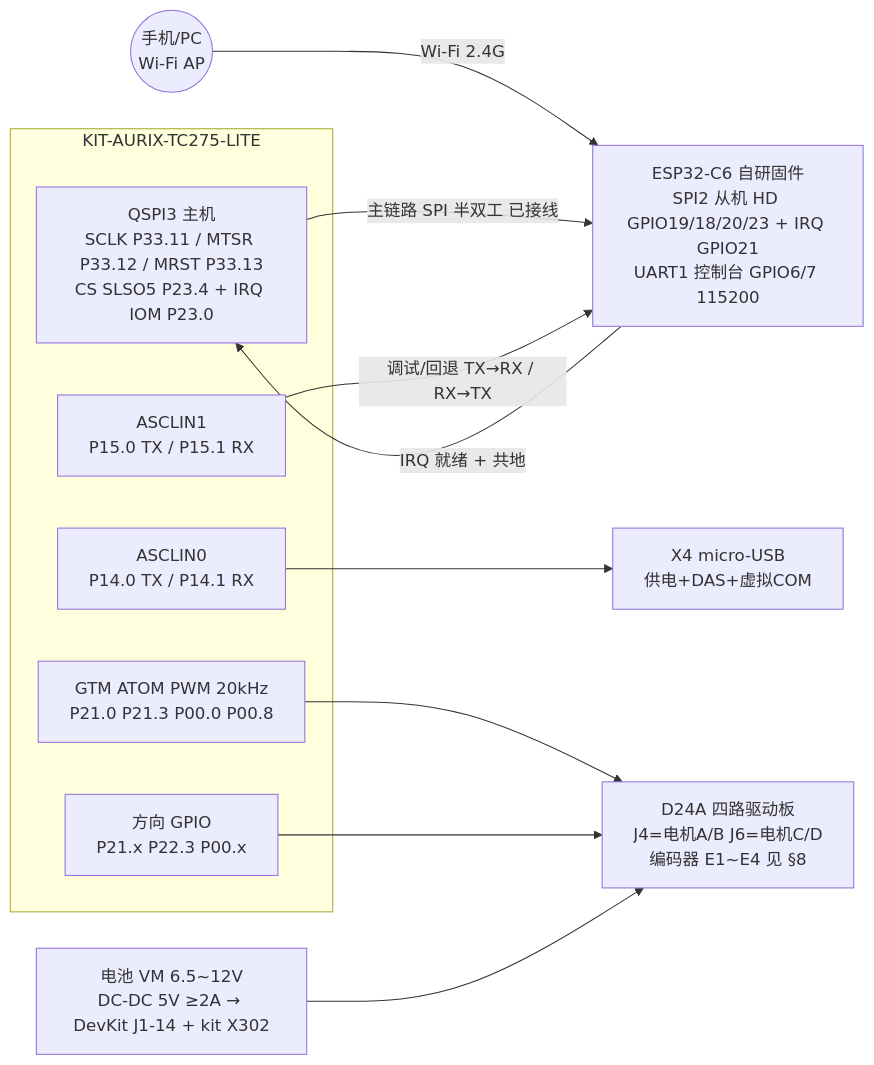
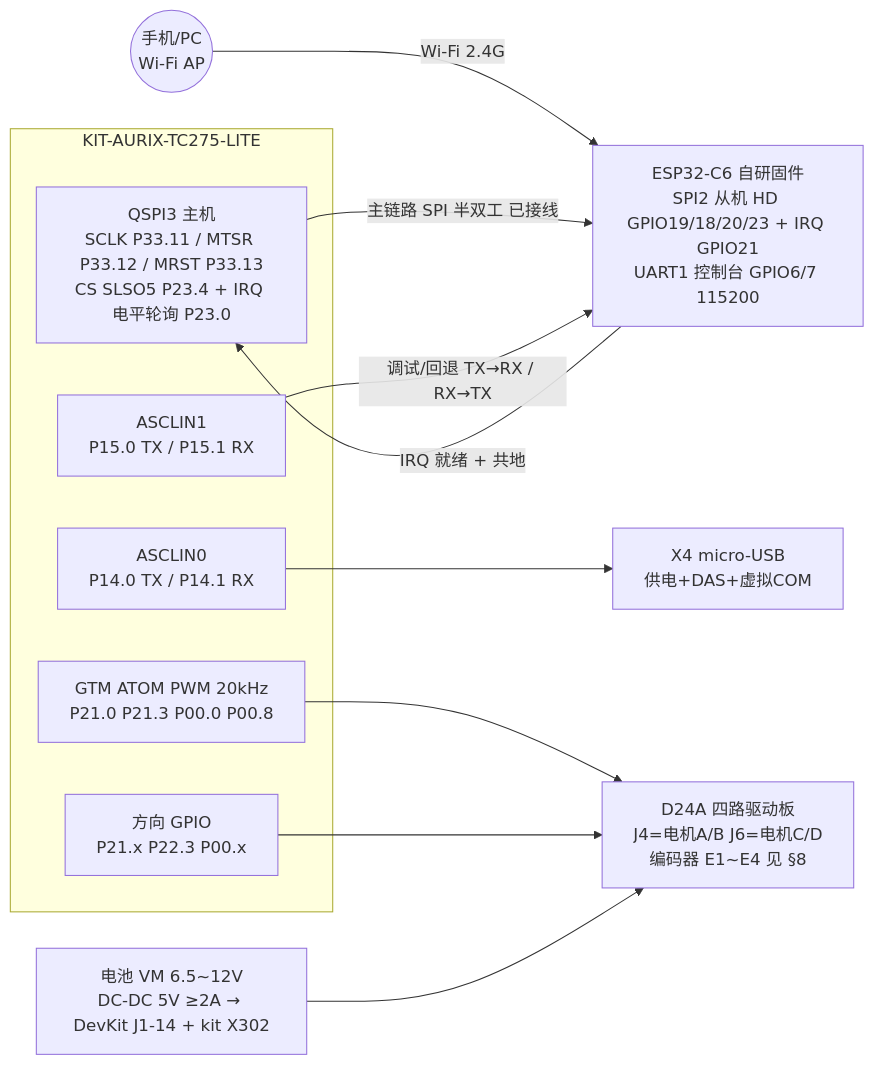
Before and after one commit to lilicqyu-ship-it/smartcar: the diagram in doc/20-design/23-wiring.md, drawn with Mermaid. The commit also changed other lines of this file and 20 other files, not shown here.

````diff
--- a/doc/20-design/23-wiring.md
+++ b/doc/20-design/23-wiring.md
@@ -64,23 +64,23 @@
 ```mermaid
 flowchart LR
     subgraph TC275 [KIT-AURIX-TC275-LITE]
-        QSPI[QSPI3 主机<br/>SCLK P33.11 / MTSR P33.12 / MRST P33.13<br/>CS SLSO5 P23.4 + IRQ IOM P23.0]
+        QSPI[QSPI3 主机<br/>SCLK P33.11 / MTSR P33.12 / MRST P33.13<br/>CS SLSO5 P23.4 + IRQ 电平轮询 P23.0]
         ASC0[ASCLIN0<br/>P14.0 TX / P14.1 RX]
         ASC1[ASCLIN1<br/>P15.0 TX / P15.1 RX]
         PWM[GTM ATOM PWM 20kHz<br/>P21.0 P21.3 P00.0 P00.8]
         DIR[方向 GPIO<br/>P21.x P22.3 P00.x]
     end
     ESP[ESP32-C6 自研固件<br/>SPI2 从机 HD GPIO19/18/20/23 + IRQ GPIO21<br/>UART1 控制台 GPIO6/7 115200]
     PHONE((手机/PC<br/>Wi-Fi AP))
     DRV[D24A 四路驱动板<br/>J4=电机A/B J6=电机C/D<br/>编码器 E1~E4 见 §8]
     BAT[电池 VM 6.5~12V<br/>DC-DC 5V ≥2A → DevKit J1-14 + kit X302]
 
     PHONE -- Wi-Fi 2.4G --> ESP
     QSPI -- 主链路 SPI 半双工 已接线 --> ESP
     ESP -- IRQ 就绪 + 共地 --> QSPI
     ASC1 -- 调试/回退 TX→RX / RX→TX --> ESP
     ASC0 --> DBG[X4 micro-USB<br/>供电+DAS+虚拟COM]
     PWM --> DRV
     DIR --> DRV
     BAT --> DRV
 ```
````
